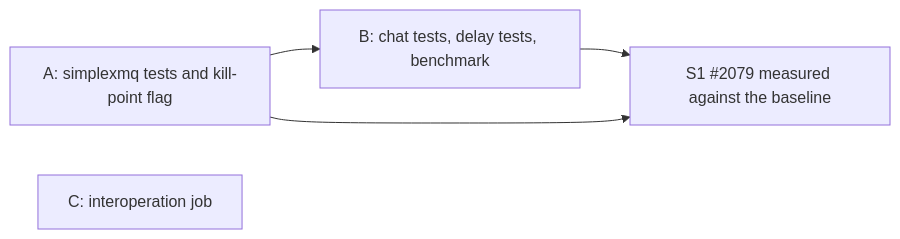
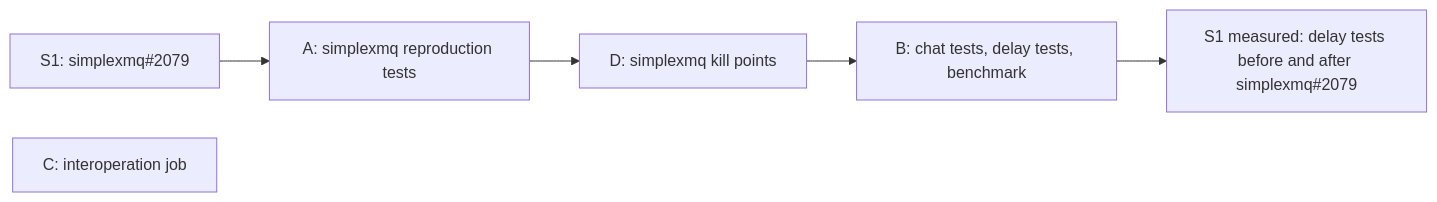
The diagram in plans/2026-11-22-transport-s0-tests.md (evgeny-simplex/simplex-chat), drawn with Mermaid before and after one commit. The commit also changed other lines of this file, not shown here.

Commit message:
plans: state the status of each transport reproduction test

````diff
--- a/plans/2026-11-22-transport-s0-tests.md
+++ b/plans/2026-11-22-transport-s0-tests.md
@@ -90,7 +100,8 @@
 ```mermaid
 flowchart LR
-  A["A: simplexmq tests and kill-point flag"] --> B["B: chat tests, delay tests, benchmark"]
+  P["S1: simplexmq#2079"] --> A["A: simplexmq reproduction tests"]
+  A --> D["D: simplexmq kill points"]
+  D --> B["B: chat tests, delay tests, benchmark"]
   C["C: interoperation job"]
-  B --> S1["S1 #2079 measured against the baseline"]
-  A --> S1
+  B --> M["S1 measured: delay tests before and after simplexmq#2079"]
 ```
````
